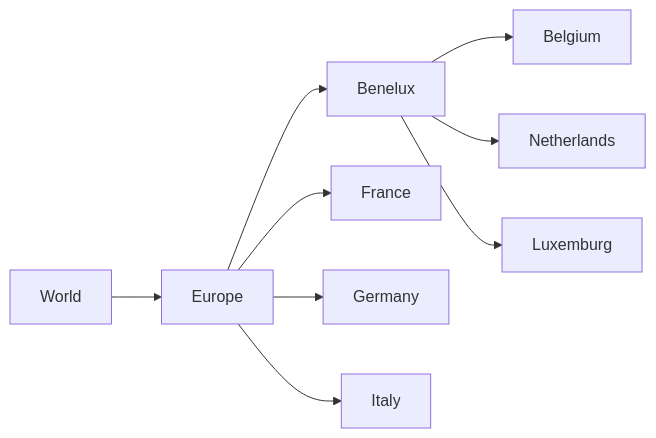
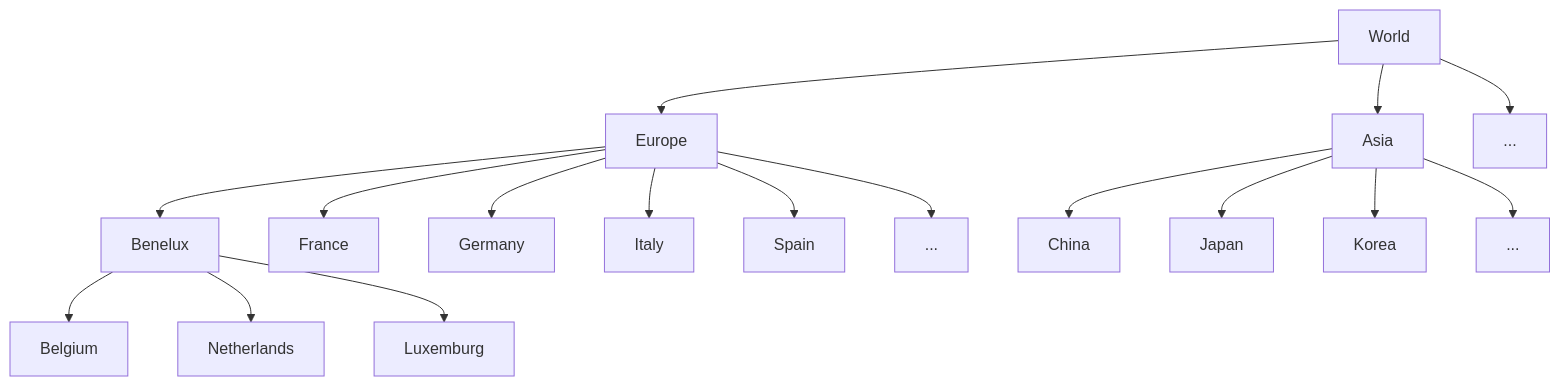
The first of 3 diagrams in README.md (CyLuGh/MultiDimensionsHierarchies), drawn with Mermaid before and after one commit. The commit also changed other lines of this file and 12 other files, not shown here.

````diff
--- a/README.md
+++ b/README.md
@@ -19,12 +21,19 @@
 ```mermaid
-flowchart LR
-    World --> Europe
-    Europe --> Benelux
-    Europe --> France
-    Europe --> Germany
-    Europe --> Italy
-    Benelux --> Belgium
-    Benelux --> Netherlands
-    Benelux --> Luxemburg
-    
+flowchart TD
+World --> Europe
+Europe --> Benelux
+Europe --> France
+Europe --> Germany
+Europe --> Italy
+Europe --> Spain
+Europe --> EOthers[...]
+Benelux --> Belgium
+Benelux --> Netherlands
+Benelux --> Luxemburg
+World --> Asia
+Asia --> China
+Asia --> Japan
+Asia --> Korea
+Asia --> AOthers[...]
+World --> WOthers[...]
 ```
````
